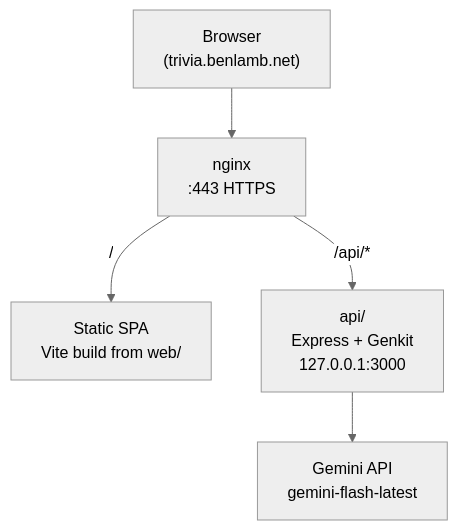
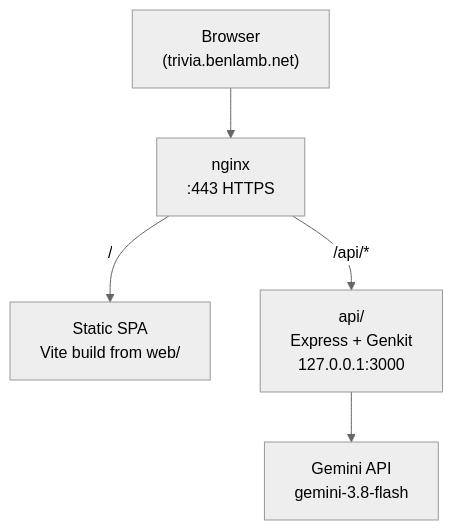
The first of 5 diagrams in docs/architecture.md (benlambm/it-trivia-challenge), drawn with Mermaid (neutral theme) before and after one commit. The commit also changed other lines of this file and 3 other files, not shown here.

````diff
--- a/docs/architecture.md
+++ b/docs/architecture.md
@@ -21,13 +21,13 @@
 ```mermaid
 flowchart TB
   Browser["Browser\n(trivia.benlamb.net)"]
   Nginx["nginx\n:443 HTTPS"]
   Static["Static SPA\nVite build from web/"]
   API["api/\nExpress + Genkit\n127.0.0.1:3000"]
-  Gemini["Gemini API\ngemini-flash-latest"]
+  Gemini["Gemini API\ngemini-3.8-flash"]
 
   Browser --> Nginx
   Nginx -->|"/"| Static
   Nginx -->|"/api/*"| API
   API --> Gemini
 ```
````
